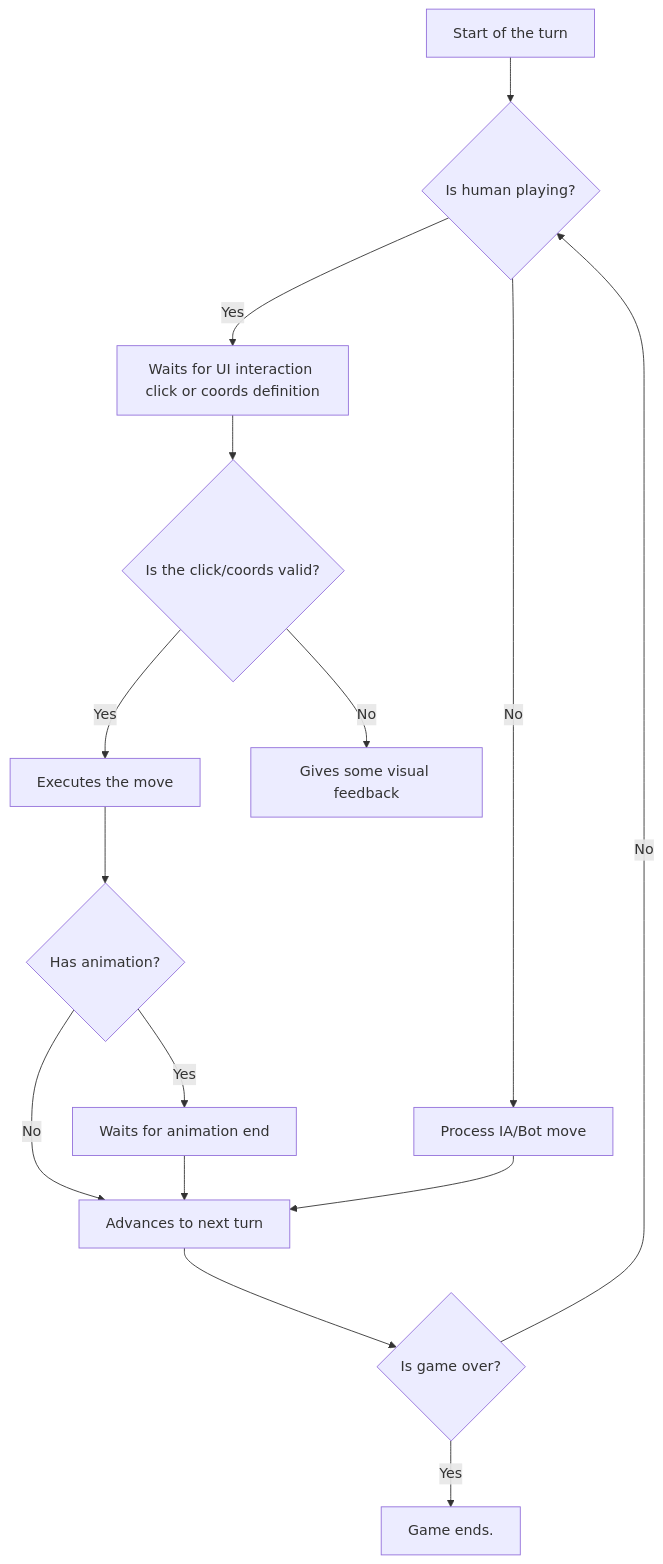
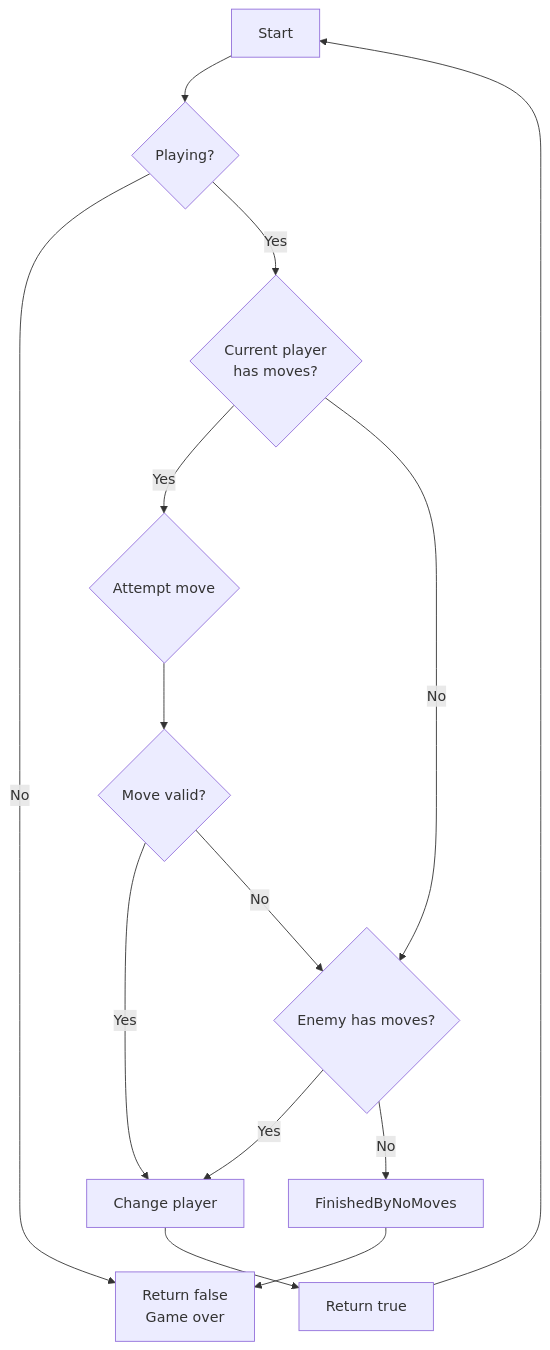
Before and after one commit to LucasAlfare/FL-Othello: the diagram in README.md, drawn with Mermaid. The commit also changed other lines of this file, not shown here.

Commit message:
update game flow mermaid diagram

````diff
--- a/README.md
+++ b/README.md
@@ -18,17 +18,16 @@
 ```mermaid
 graph TD
-    A[Start of the turn] --> B{Is human playing?}
-    B -->|Yes| C[Waits for UI interaction click or coords definition]
-    B -->|No| D[Process IA/Bot move]
-    C --> E{Is the click/coords valid?}
-    E -->|Yes| F[Executes the move]
-    E -->|No| G[Gives some visual feedback]
-    F --> H{Has animation?}
-    H -->|Yes| I[Waits for animation end]
-    H -->|No| J[Advances to next turn]
-    I --> J
-    D --> J
-    J --> K{Is game over?}
-    K -->|Yes| L[Game ends.]
-    K -->|No| B
+    A[Start] --> B{Playing?}
+    B -->|No| C[Return false<br>Game over]
+    B -->|Yes| D{Current player<br>has moves?}
+    D -->|Yes| E{Attempt move}
+    E --> F{Move valid?}
+    F -->|Yes| G[Change player]
+    F -->|No| I
+    D -->|No| I{Enemy has moves?}
+    I -->|Yes| G
+    I -->|No| K[FinishedByNoMoves]
+    K --> C
+    G --> L[Return true]
+    L --> A
 ```
````
